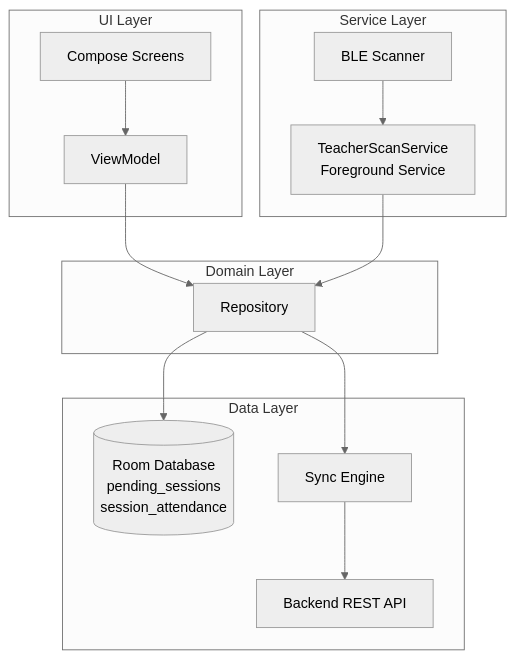
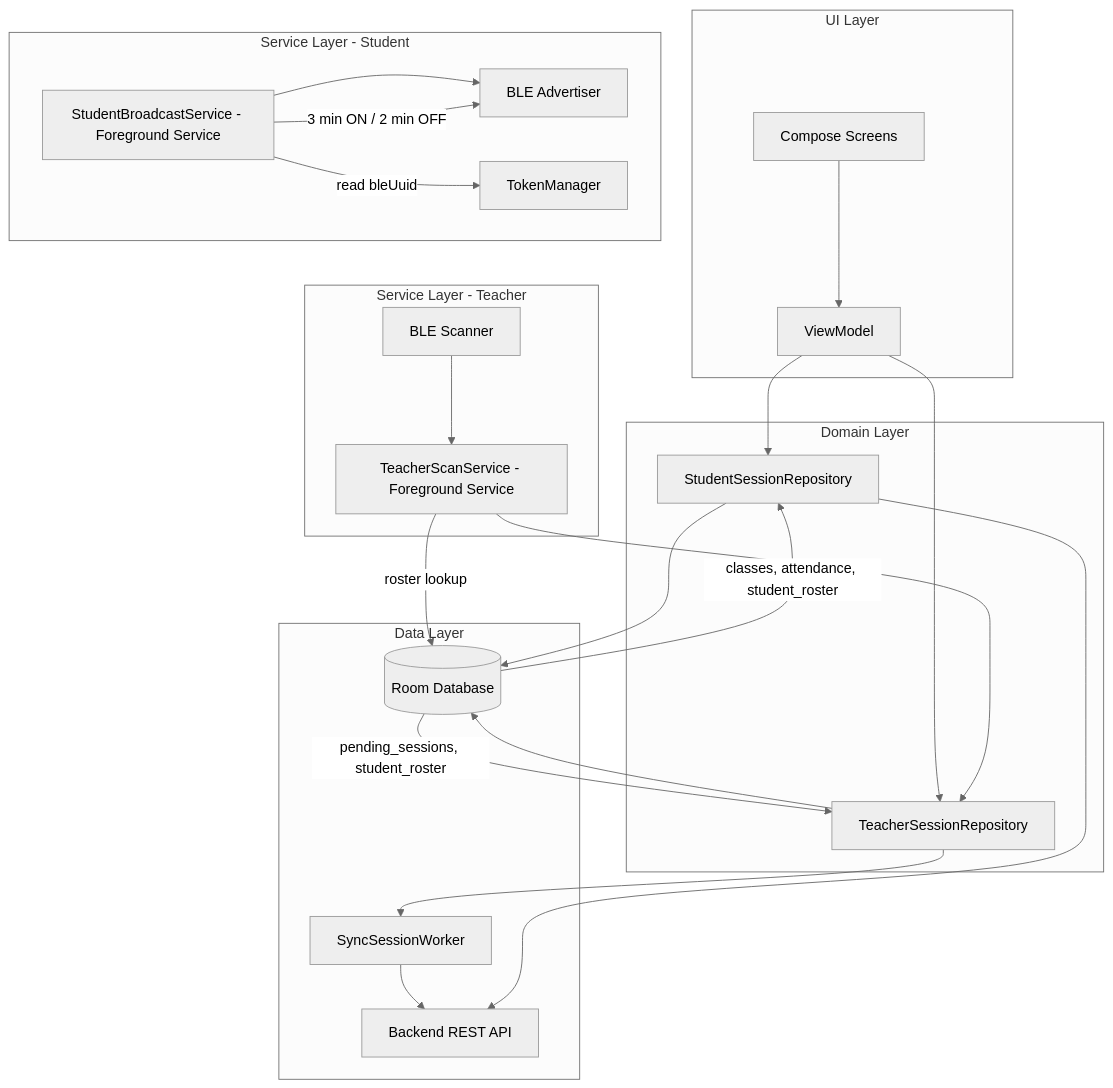
One commit to aetherRohan/attendify-smart-attendance-app changed the diagram in README.md. Above: the diagram before and after it, drawn with Mermaid (neutral theme). The commit also changed other lines of this file and 28 other files, not shown here.

````diff
--- a/README.md
+++ b/README.md
@@ -48,21 +92,33 @@
 ```mermaid
 graph TD
-    subgraph UI Layer
+    subgraph UI_Layer["UI Layer"]
         A[Compose Screens] --> B[ViewModel]
     end
 
-    subgraph Domain Layer
-        B --> C[Repository]
+    subgraph Domain_Layer["Domain Layer"]
+        B --> C[StudentSessionRepository]
+        B --> D[TeacherSessionRepository]
     end
 
-    subgraph Data Layer
-        C --> D[(Room Database\npending_sessions\nsession_attendance)]
-        C --> E[Sync Engine]
-        E --> F[Backend REST API]
+    subgraph Data_Layer["Data Layer"]
+        C --> E[(Room Database)]
+        D --> E
+        E --> |classes, attendance, student_roster| C
+        E --> |pending_sessions, student_roster| D
+        D --> F[SyncSessionWorker]
+        F --> G[Backend REST API]
+        C --> G
     end
 
-    subgraph Service Layer
-        G[TeacherScanService\nForeground Service] --> C
-        H[BLE Scanner] --> G
+    subgraph Service_Layer_Teacher["Service Layer - Teacher"]
+        H["TeacherScanService - Foreground Service"] --> D
+        I[BLE Scanner] --> H
+        H --> |roster lookup| E
+    end
+
+    subgraph Service_Layer_Student["Service Layer - Student"]
+        J["StudentBroadcastService - Foreground Service"] --> K[BLE Advertiser]
+        J --> |read bleUuid| L[TokenManager]
+        J --> |3 min ON / 2 min OFF| K
     end
 ```
````
